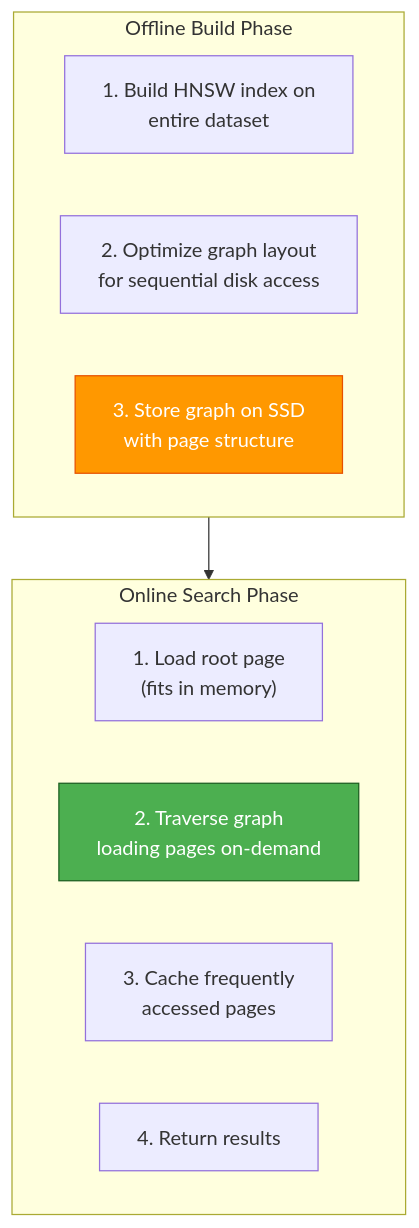
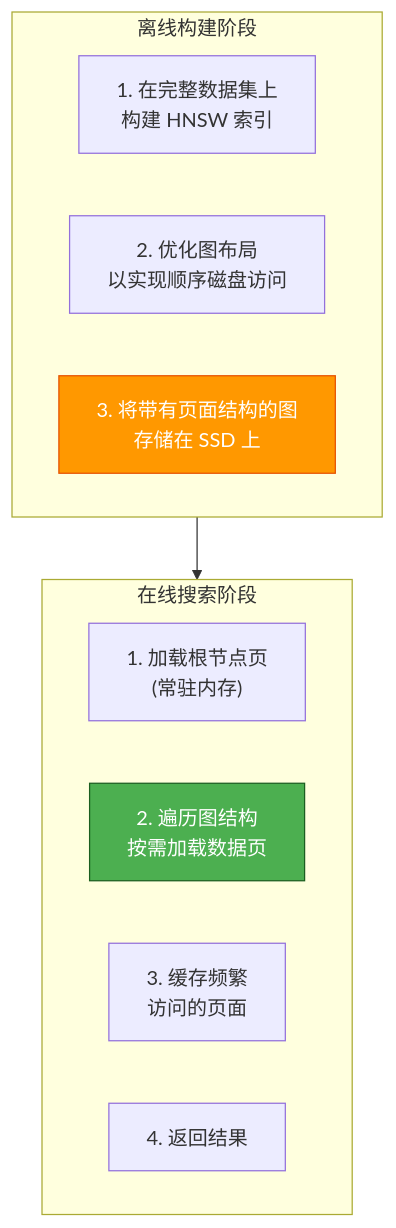
The eighth of 14 diagrams in i18n/zh-Hans/docusaurus-plugin-content-docs/current/ai/rag/03-index.mdx (YiWang24/AiDIY), drawn with Mermaid before and after one commit. The commit also changed other lines of this file and 59 other files, not shown here.

````diff
--- a/i18n/zh-Hans/docusaurus-plugin-content-docs/current/ai/rag/03-index.mdx
+++ b/i18n/zh-Hans/docusaurus-plugin-content-docs/current/ai/rag/03-index.mdx
@@ -538,20 +538,20 @@
 ```mermaid
 flowchart TB
-    subgraph Offline["Offline Build Phase"]
-        O1["1. Build HNSW index on<br/>entire dataset"]
-        O2["2. Optimize graph layout<br/>for sequential disk access"]
-        O3["3. Store graph on SSD<br/>with page structure"]
+    subgraph Offline["离线构建阶段"]
+        O1["1. 在完整数据集上<br/>构建 HNSW 索引"]
+        O2["2. 优化图布局<br/>以实现顺序磁盘访问"]
+        O3["3. 将带有页面结构的图<br/>存储在 SSD 上"]
     end
 
-    subgraph Online["Online Search Phase"]
-        Q1["1. Load root page<br/>(fits in memory)"]
-        Q2["2. Traverse graph<br/>loading pages on-demand"]
-        Q3["3. Cache frequently<br/>accessed pages"]
-        Q4["4. Return results"]
+    subgraph Online["在线搜索阶段"]
+        Q1["1. 加载根节点页<br/>(常驻内存)"]
+        Q2["2. 遍历图结构<br/>按需加载数据页"]
+        Q3["3. 缓存频繁<br/>访问的页面"]
+        Q4["4. 返回结果"]
     end
 
     Offline --> Online
 
     style O3 fill:#ff9800,stroke:#e65100,color:#fff
     style Q2 fill:#4caf50,stroke:#1b5e20,color:#fff
 ```
````
